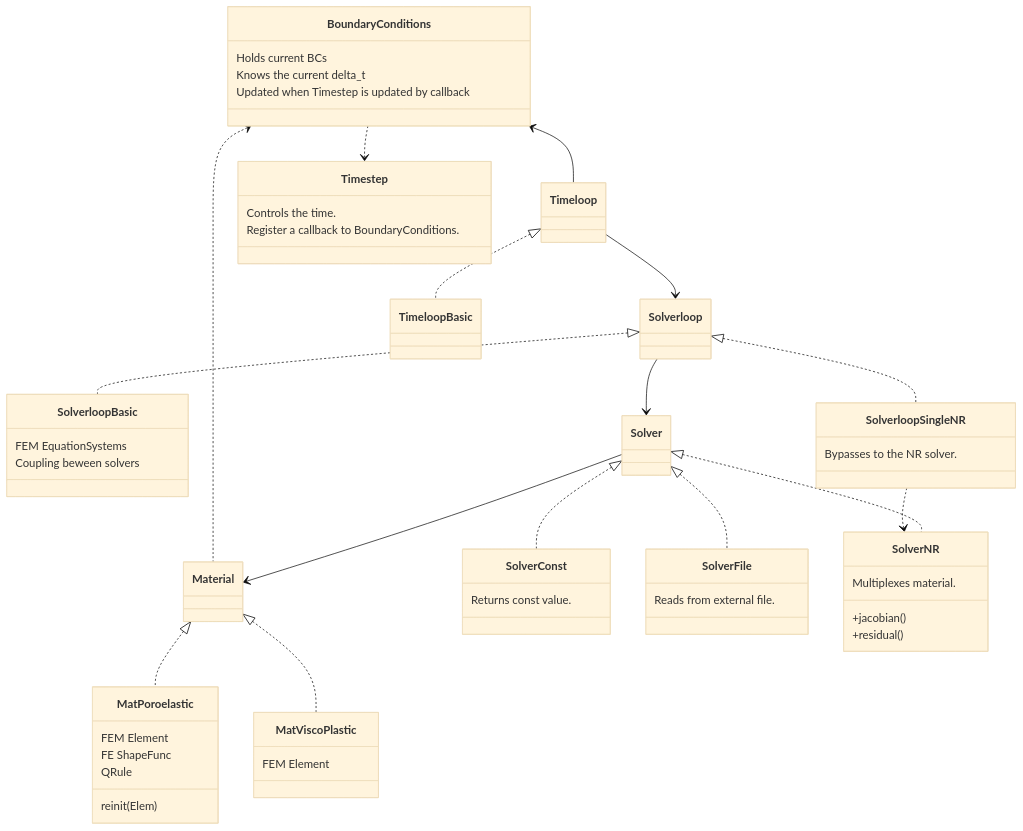
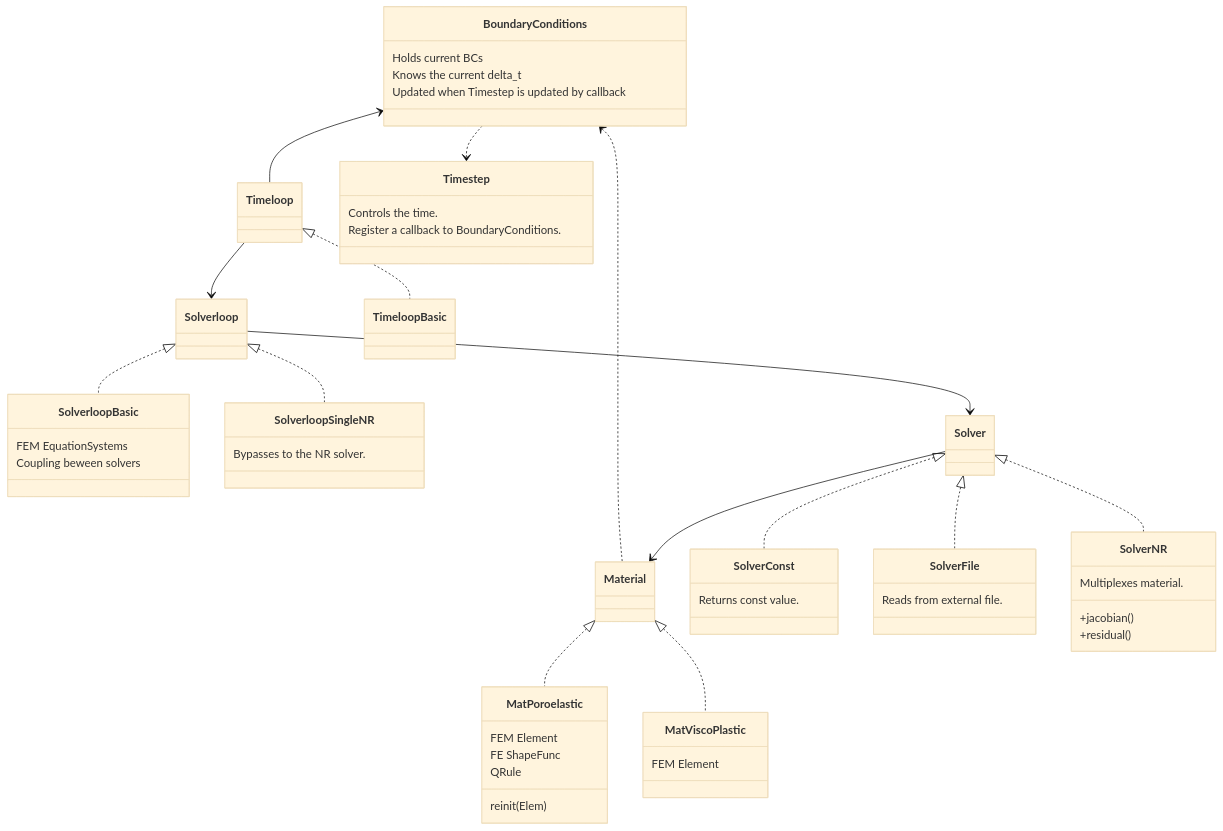
The second of 2 diagrams in doc/Description.md (rebpoli/harpy), drawn with Mermaid (base theme) before and after one commit.

````diff
--- a/doc/Description.md
+++ b/doc/Description.md
@@ -76,74 +76,72 @@
 ```mermaid
 classDiagram
     BoundaryConditions <.. Material
     BoundaryConditions <-- Timeloop
 
     Solverloop <|.. SolverloopBasic
 
 
     class Timestep {
         Controls the time.
         Register a callback to BoundaryConditions.
     }
     class BoundaryConditions { 
         Holds current BCs
         Knows the current delta_t
         Updated when Timestep is updated by callback
     }
     BoundaryConditions ..> Timestep
 
 %% Implementations
     class SolverloopBasic {
         FEM EquationSystems
         Coupling beween solvers
     }
 
     class MatViscoPlastic { FEM Element }
 
     class MatPoroelastic {
         FEM Element 
         FE ShapeFunc
         QRule
         reinit(Elem)
     }
 
     class SolverloopSingleNR { Bypasses to the NR solver. } 
 
     class SolverConst { Returns const value.  }
     class SolverFile { Reads from external file. }
     class SolverNR { 
         Multiplexes material.
         
         +jacobian()
         +residual()
         }
 
 %% Dependencies
 
-    SolverloopSingleNR ..> SolverNR
-
 %% Interfaces << implementations
     Timeloop <|.. TimeloopBasic
     Material <|.. MatPoroelastic
     Material <|.. MatViscoPlastic
     Solverloop <|.. SolverloopSingleNR
 
     Solver <|.. SolverNR
     Solver <|.. SolverConst
     Solver <|.. SolverFile
 
     Timeloop --> Solverloop
     Solverloop --> Solver
     Solver --> Material
 
 %%
 %% classA <|-- classB    // Inheritance (B inherits from A)
 %% classA <|.. classB    // Implementation (B implements A)
 %% classA *-- classB     // Composition (B is part of A)
 %% classA o-- classB     // Aggregation (B is used by A)
 %% classA --> classB     // Association (A references B)
 %% classA ..> classB     // Dependency (A depends on B)
 %% classA ..|> classB    // Realization (B realizes A)
 %% classA <--> classB    // Bidirectional association
 
 ```
````
